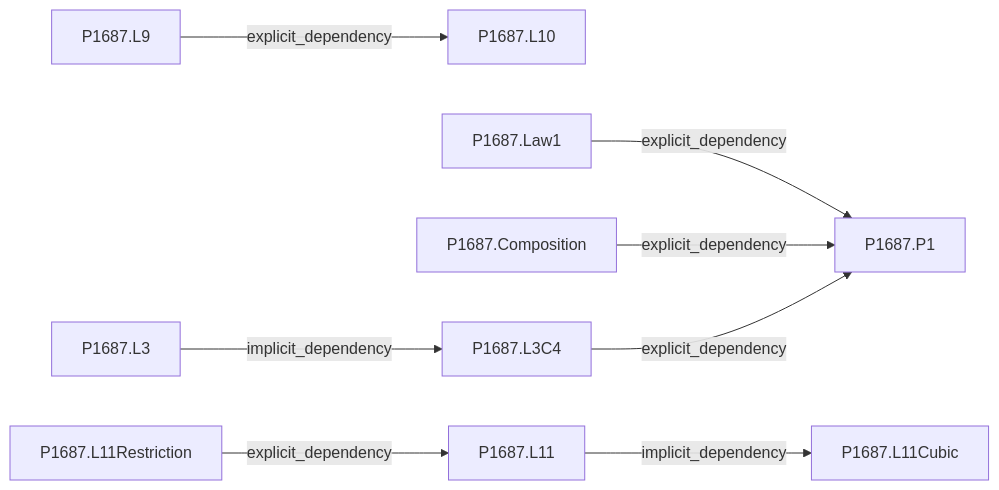
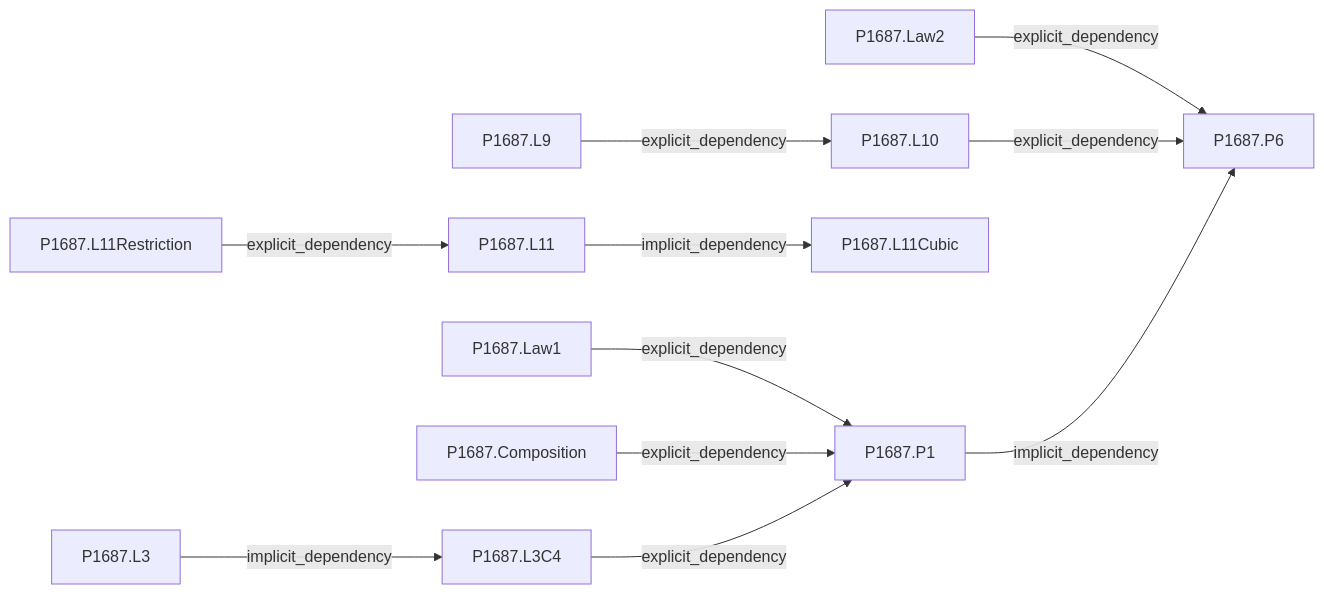
The first of 8 diagrams in research/graphs.md (arivero/newtonlean), drawn with Mermaid before and after one commit. The commit also changed other lines of this file and 56 other files, not shown here.

````diff
--- a/research/graphs.md
+++ b/research/graphs.md
@@ -7,20 +7,25 @@
 ```mermaid
 flowchart LR
   n3["P1687.L9"]
   n4["P1687.L10"]
   n10["P1687.P1"]
   n11["P1687.L3"]
   n12["P1687.L3C4"]
   n13["P1687.Law1"]
   n14["P1687.Composition"]
   n22["P1687.L11"]
   n23["P1687.L11Cubic"]
   n24["P1687.L11Restriction"]
+  n50["P1687.P6"]
+  n51["P1687.Law2"]
   n3 -->|explicit_dependency| n4
   n13 -->|explicit_dependency| n10
   n14 -->|explicit_dependency| n10
   n12 -->|explicit_dependency| n10
   n11 -->|implicit_dependency| n12
   n22 -->|implicit_dependency| n23
   n24 -->|explicit_dependency| n22
+  n51 -->|explicit_dependency| n50
+  n4 -->|explicit_dependency| n50
+  n10 -->|implicit_dependency| n50
 ```
````
